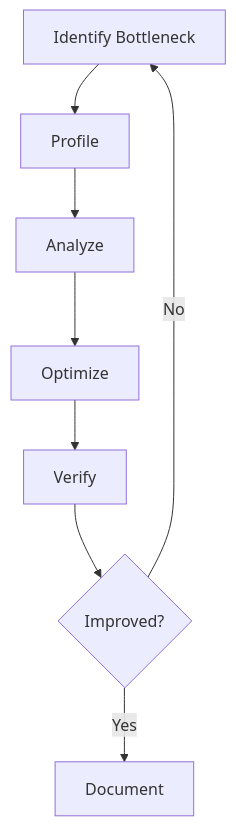
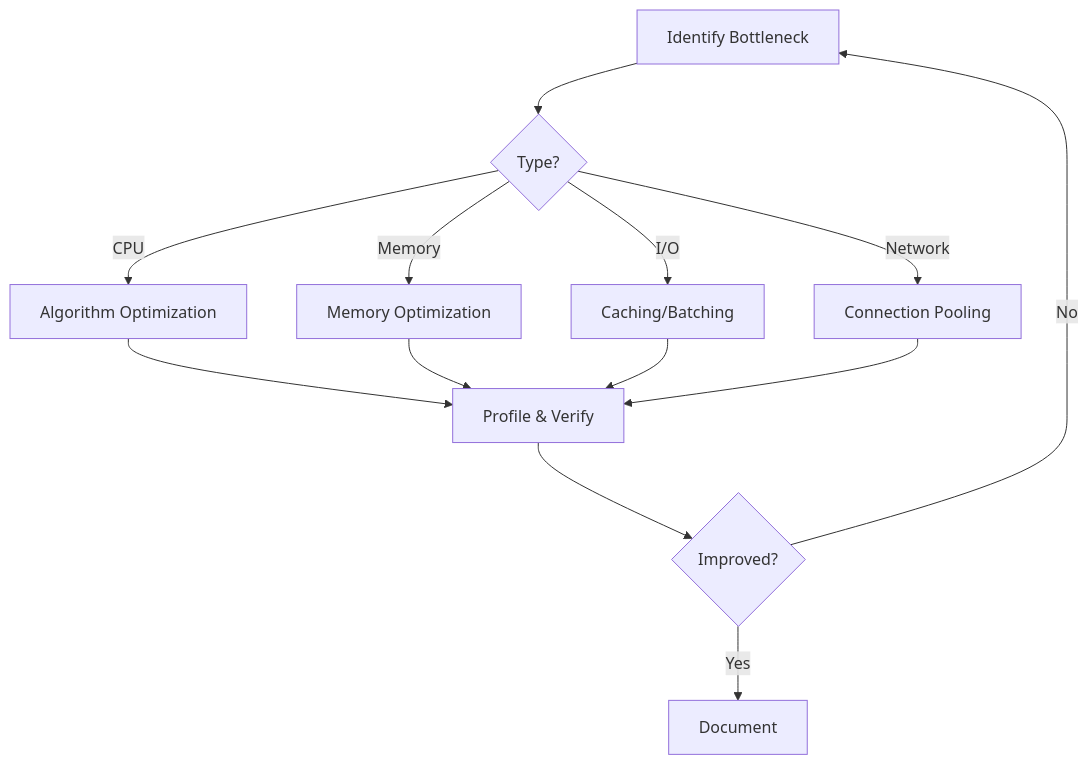
The first of 2 diagrams in PERFORMANCE.md (ucid-foundation/ucid), drawn with Mermaid before and after one commit. The commit also changed other lines of this file and 174 other files, not shown here.

````diff
--- a/PERFORMANCE.md
+++ b/PERFORMANCE.md
@@ -90,10 +116,15 @@
 ```mermaid
-graph TD
-    A[Identify Bottleneck] --> B[Profile]
-    B --> C[Analyze]
-    C --> D[Optimize]
-    D --> E[Verify]
-    E --> F{Improved?}
-    F -->|Yes| G[Document]
-    F -->|No| A
+flowchart TD
+    A[Identify Bottleneck] --> B{Type?}
+    B -->|CPU| C[Algorithm Optimization]
+    B -->|Memory| D[Memory Optimization]
+    B -->|I/O| E[Caching/Batching]
+    B -->|Network| F[Connection Pooling]
+    C --> G[Profile & Verify]
+    D --> G
+    E --> G
+    F --> G
+    G --> H{Improved?}
+    H -->|Yes| I[Document]
+    H -->|No| A
 ```
````
